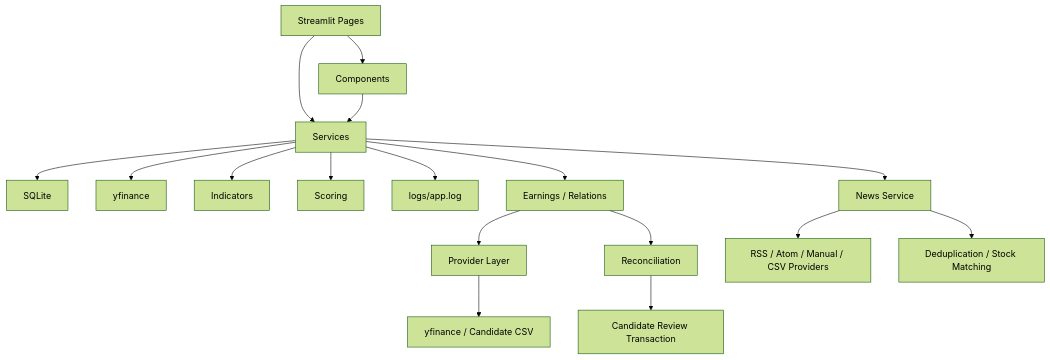
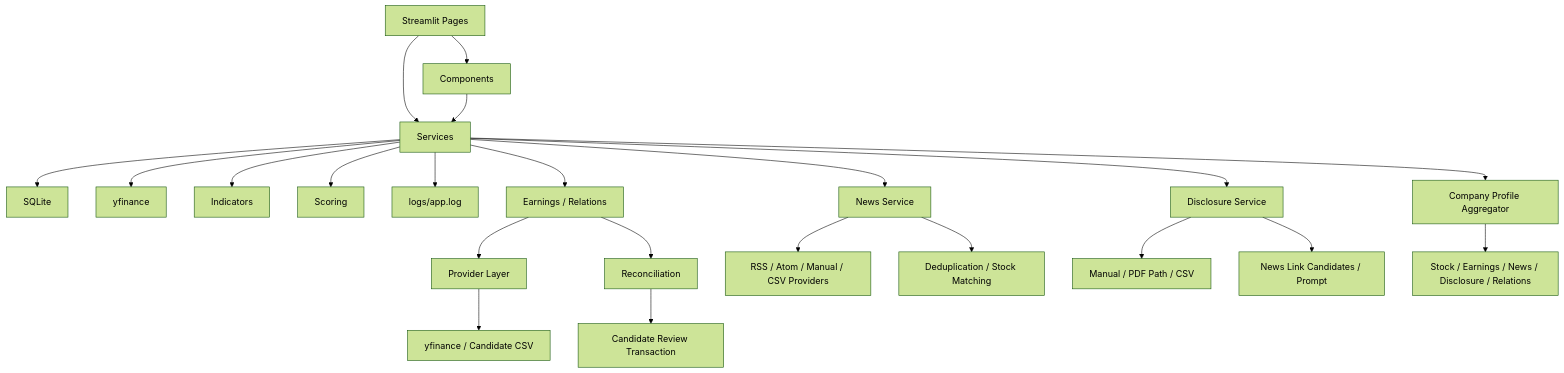
Before and after one commit to pchgoro/orekabu-ai: the diagram in docs/architecture.md, drawn with Mermaid (forest theme). The commit also changed other lines of this file and 37 other files, not shown here.

Commit message:
feat: add disclosure and company intelligence foundations

````diff
--- a/docs/architecture.md
+++ b/docs/architecture.md
@@ -5,19 +5,24 @@
 ```mermaid
 flowchart TD
     A["Streamlit Pages"] --> B["Components"]
     A --> C["Services"]
     B --> C
     C --> D["SQLite"]
     C --> E["yfinance"]
     C --> F["Indicators"]
     C --> G["Scoring"]
     C --> H["logs/app.log"]
     C --> I["Earnings / Relations"]
     I --> J["Provider Layer"]
     J --> K["yfinance / Candidate CSV"]
     I --> L["Reconciliation"]
     L --> M["Candidate Review Transaction"]
     C --> N["News Service"]
     N --> O["RSS / Atom / Manual / CSV Providers"]
     N --> P["Deduplication / Stock Matching"]
+    C --> Q["Disclosure Service"]
+    Q --> R["Manual / PDF Path / CSV"]
+    Q --> S["News Link Candidates / Prompt"]
+    C --> T["Company Profile Aggregator"]
+    T --> U["Stock / Earnings / News / Disclosure / Relations"]
 ```
````
